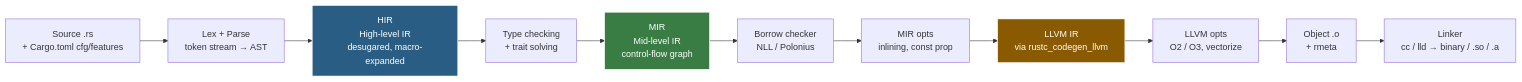
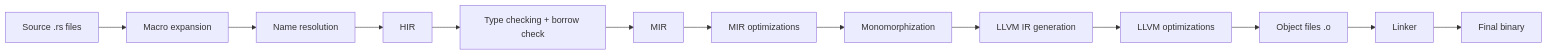
The fifth of 7 diagrams in vol-20-rust-backend/ch01-rust-architecture.md (bumbsclaw/textbooks), drawn with Mermaid before and after one commit. The commit also changed other lines of this file and 1 other file, not shown here.

````diff
--- a/vol-20-rust-backend/ch01-rust-architecture.md
+++ b/vol-20-rust-backend/ch01-rust-architecture.md
@@ -655,20 +405,15 @@
 ```mermaid
 flowchart LR
-    SRC["Source .rs<br/>+ Cargo.toml cfg/features"]
-    LEX["Lex + Parse<br/>token stream → AST"]
-    HIR["HIR<br/>High-level IR<br/>desugared, macro-expanded"]
-    TYPECK["Type checking<br/>+ trait solving"]
-    MIR["MIR<br/>Mid-level IR<br/>control-flow graph"]
-    BORROWCK["Borrow checker<br/>NLL / Polonius"]
-    OPTMIR["MIR opts<br/>inlining, const prop"]
-    LLVMIR["LLVM IR<br/>via rustc_codegen_llvm"]
-    LLVMOPT["LLVM opts<br/>O2 / O3, vectorize"]
-    OBJ["Object .o<br/>+ rmeta"]
-    LINK["Linker<br/>cc / lld → binary / .so / .a"]
-
-    SRC --> LEX --> HIR --> TYPECK --> MIR --> BORROWCK --> OPTMIR --> LLVMIR --> LLVMOPT --> OBJ --> LINK
-
-    style HIR fill:#2a5d84,stroke:#fff,color:#fff
-    style MIR fill:#3a7d44,stroke:#fff,color:#fff
-    style LLVMIR fill:#8a5a00,stroke:#fff,color:#fff
+    A["Source .rs files"] --> B["Macro expansion"]
+    B --> C["Name resolution"]
+    C --> D["HIR"]
+    D --> E["Type checking + borrow check"]
+    E --> F["MIR"]
+    F --> G["MIR optimizations"]
+    G --> H["Monomorphization"]
+    H --> I["LLVM IR generation"]
+    I --> J["LLVM optimizations"]
+    J --> K["Object files .o"]
+    K --> L["Linker"]
+    L --> M["Final binary"]
 ```
````
